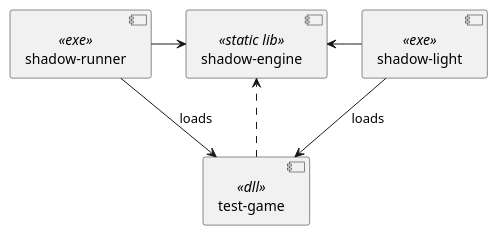
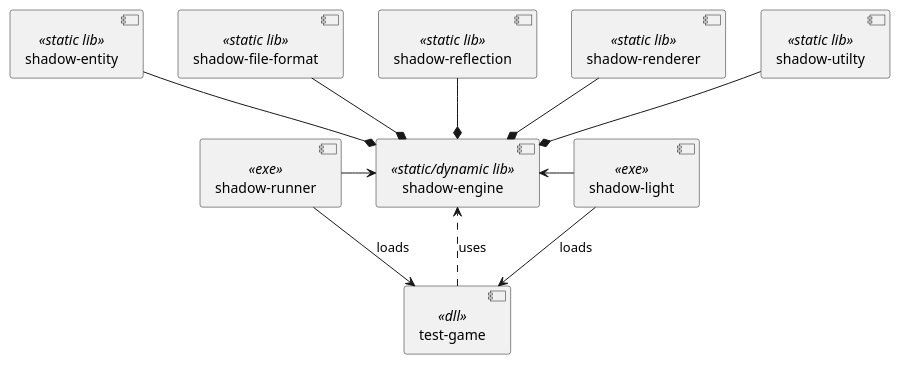
The diagram in projs/docs/diagrams/project-layout.plantuml (Candle-Fire/umbra), drawn with PlantUML before and after one commit. The commit also changed 146 other files, not shown here.

```diff
--- a/projs/docs/diagrams/project-layout.plantuml
+++ b/projs/docs/diagrams/project-layout.plantuml
@@ -1,16 +1,31 @@
 @startuml
-[shadow-engine] <<static lib>> as engine
 [shadow-light] <<exe>> as editor
+
+    [shadow-entity] <<static lib>> as shentity
+    [shadow-file-format] <<static lib>> as shff
+    [shadow-reflection] <<static lib>> as shreflection
+    [shadow-renderer] <<static lib>> as shrenderer
+    [shadow-utilty] <<static lib>> as shutitily
+
+    [shadow-engine] <<static/dynamic lib>> as shengine
+
+    shentity --* shengine
+    shff --* shengine
+    shreflection --* shengine
+    shrenderer --* shengine
+    shutitily --* shengine
+
+
 [shadow-runner] <<exe>> as runner
 
 [test-game] <<dll>> as game
 
-engine <-editor
-runner -> engine
+shengine <- editor
+runner -> shengine
 
-game ..> engine
+game ..> shengine : uses
 
 runner --> game : loads
 editor --> game : loads
 
 @enduml
```
